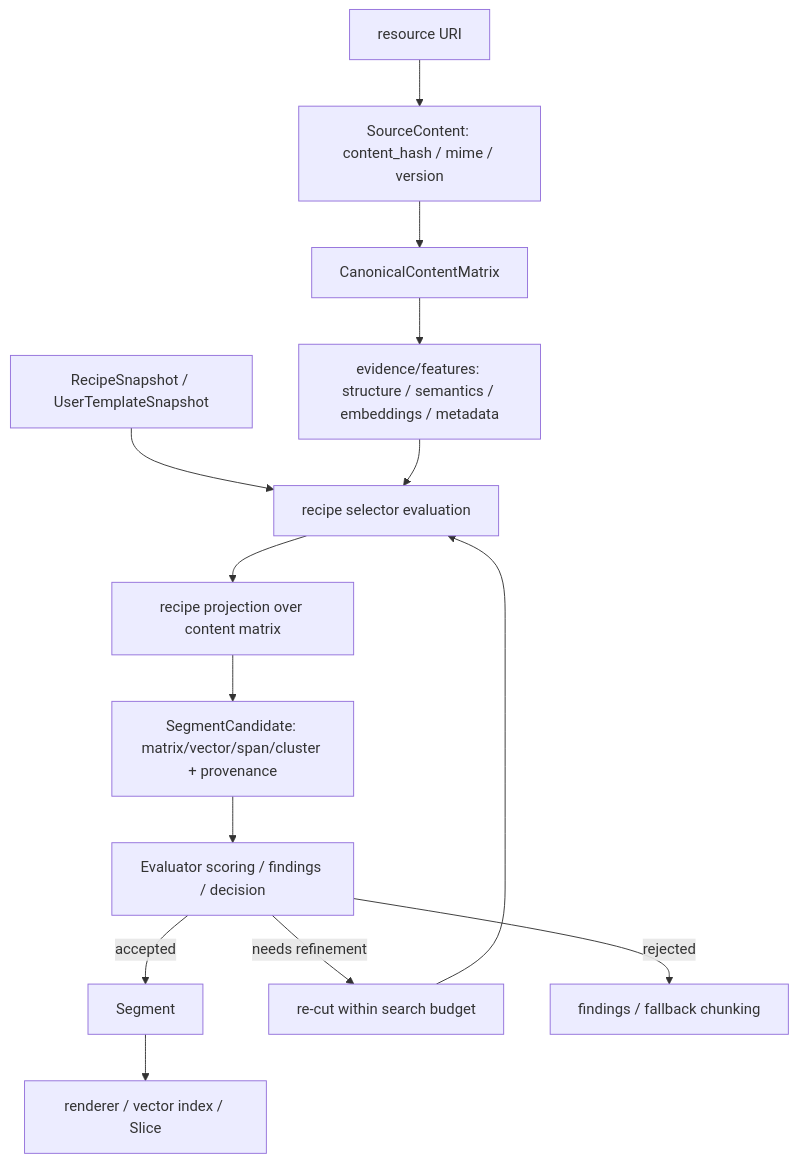
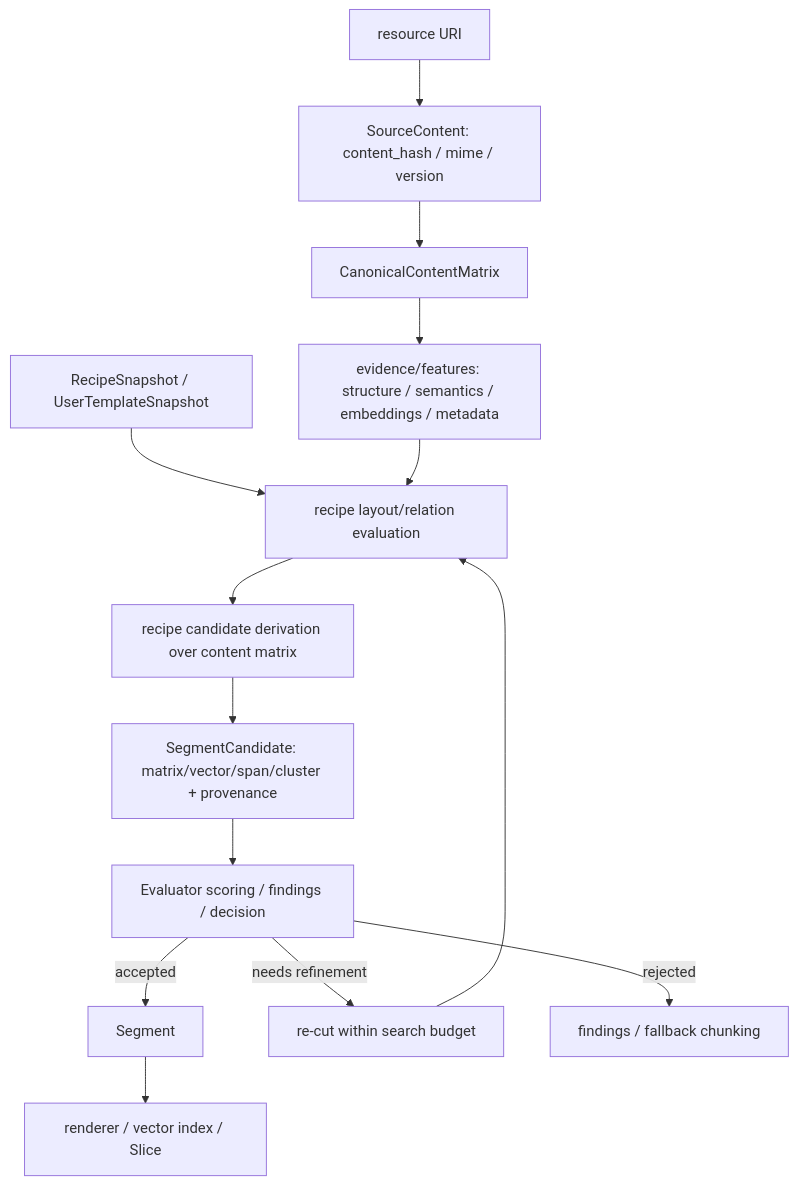
The third of 3 diagrams in .github/README.md (chogng/conductor), drawn with Mermaid before and after one commit. The commit also changed other lines of this file and 24 other files, not shown here.

First line of the commit message:
feat: reshape recipe authoring around physical layout

````diff
--- a/.github/README.md
+++ b/.github/README.md
@@ -530,16 +530,16 @@
 ```mermaid
 flowchart TD
   A[resource URI] --> B[SourceContent: content_hash / mime / version]
   B --> C[CanonicalContentMatrix]
   C --> D[evidence/features: structure / semantics / embeddings / metadata]
-  F[RecipeSnapshot / UserTemplateSnapshot] --> G[recipe selector evaluation]
+  F[RecipeSnapshot / UserTemplateSnapshot] --> G[recipe layout/relation evaluation]
   D --> G
-  G --> H[recipe projection over content matrix]
+  G --> H[recipe candidate derivation over content matrix]
   H --> I[SegmentCandidate: matrix/vector/span/cluster + provenance]
   I --> J[Evaluator scoring / findings / decision]
   J -->|accepted| K[Segment]
   K --> L[renderer / vector index / Slice]
   J -->|needs refinement| M[re-cut within search budget]
   M --> G
   J -->|rejected| N[findings / fallback chunking]
 ```
````
